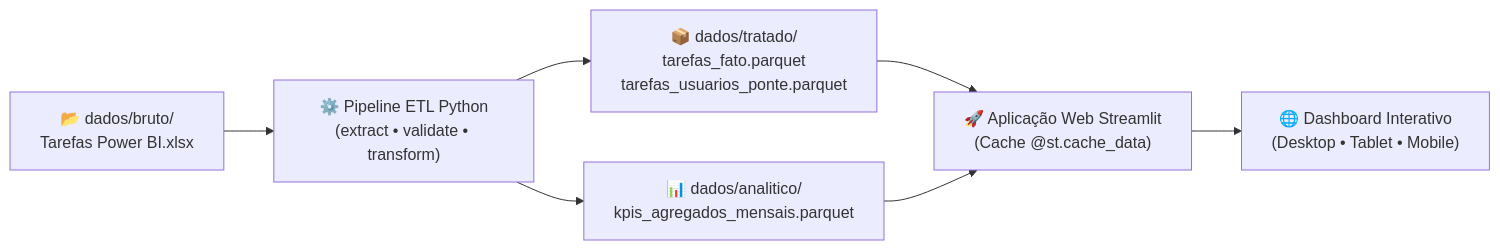
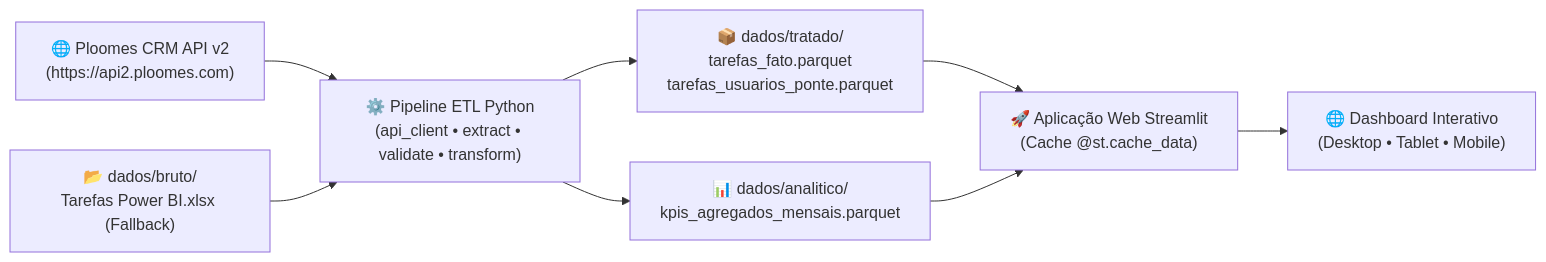
The diagram in README.md (suportesaav-web/comercial-saavedra), drawn with Mermaid before and after one commit. The commit also changed other lines of this file and 18 other files, not shown here.

Commit message:
feat: migração para api ploomes v2 e filtros de usuários comerciais

````diff
--- a/README.md
+++ b/README.md
@@ -31,9 +31,10 @@
 ```mermaid
 flowchart LR
-    A["📂 dados/bruto/<br>Tarefas Power BI.xlsx"] --> B["⚙️ Pipeline ETL Python<br>(extract • validate • transform)"]
+    API["🌐 Ploomes CRM API v2<br>(https://api2.ploomes.com)"] --> B["⚙️ Pipeline ETL Python<br>(api_client • extract • validate • transform)"]
+    XLS["📂 dados/bruto/<br>Tarefas Power BI.xlsx (Fallback)"] --> B
     B --> C["📦 dados/tratado/<br>tarefas_fato.parquet<br>tarefas_usuarios_ponte.parquet"]
     B --> D["📊 dados/analitico/<br>kpis_agregados_mensais.parquet"]
     C --> E["🚀 Aplicação Web Streamlit<br>(Cache @st.cache_data)"]
     D --> E
     E --> F["🌐 Dashboard Interativo<br>(Desktop • Tablet • Mobile)"]
 ```
````
